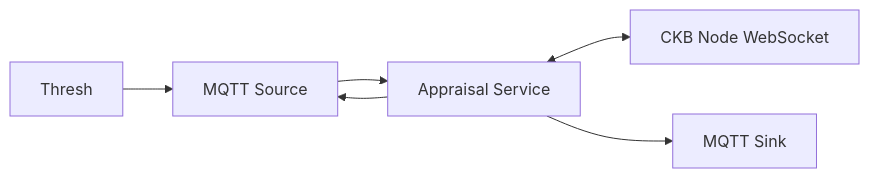
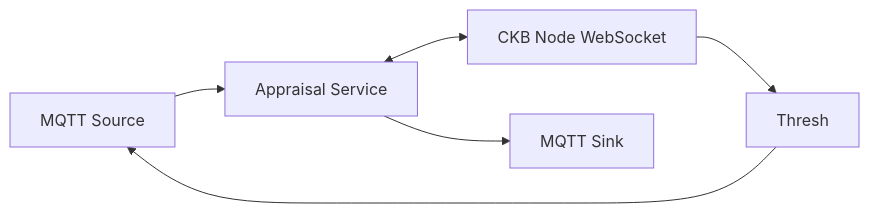
One commit to nervape/appraisal changed the diagram in README.md. Above: the diagram before and after it, drawn with Mermaid.

Commit message:
Update graph

````diff
--- a/README.md
+++ b/README.md
@@ -19,8 +19,8 @@
 ```mermaid
 graph LR
     A[MQTT Source] --> B[Appraisal Service]
     B <--> C[CKB Node WebSocket]
     B --> D[MQTT Sink]
     E[Thresh] --> A
-    B --> A
+    C --> E
 ```
````
